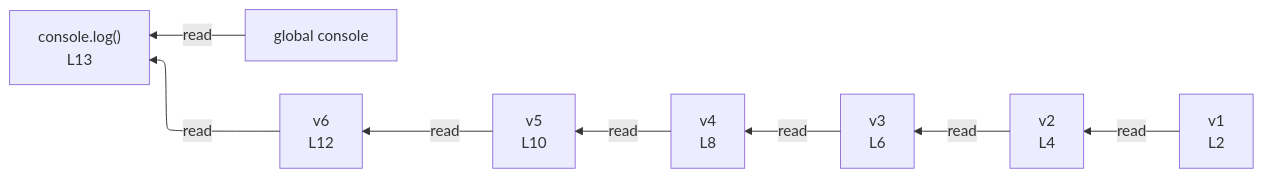
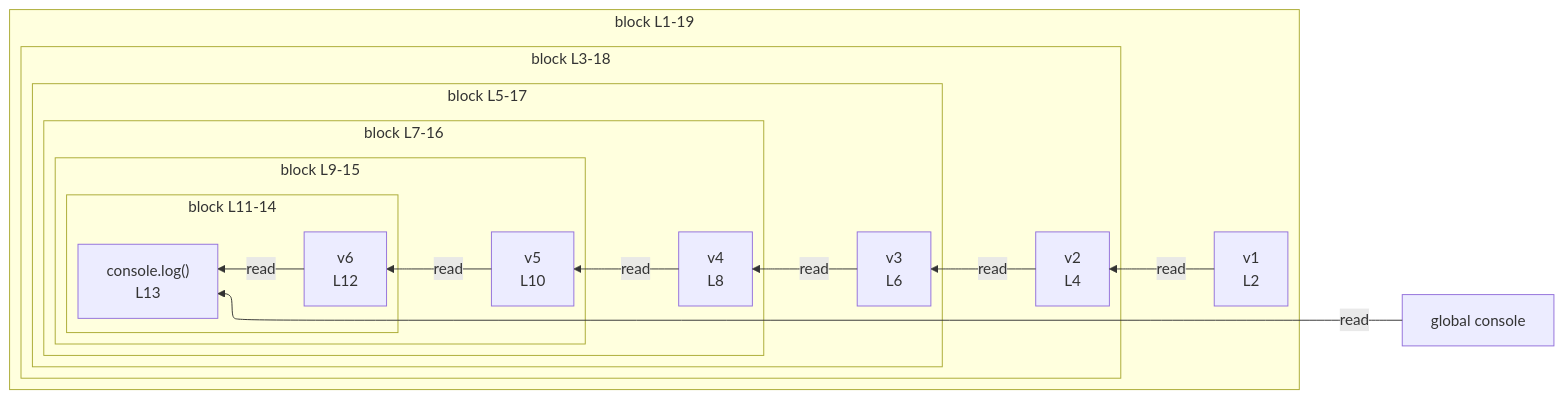
One commit to crescware/unsnarl changed the diagram in integration/fixtures/app-behavior/depth/block/preview.md. Above: the diagram before and after it, drawn with Mermaid. The commit also changed 106 other files, not shown here.

````diff
--- a/integration/fixtures/app-behavior/depth/block/preview.md
+++ b/integration/fixtures/app-behavior/depth/block/preview.md
@@ -29,19 +29,37 @@
 ```mermaid
 %%{init: {"flowchart": {"defaultRenderer": "elk"}}}%%
 flowchart RL
   n_scope_0_console_185["global console"]
-  n_scope_1_v1_10["v1<br/>L2"]
-  n_scope_2_v2_32["v2<br/>L4"]
-  n_scope_3_v3_59["v3<br/>L6"]
-  n_scope_4_v4_90["v4<br/>L8"]
-  n_scope_5_v5_125["v5<br/>L10"]
-  n_scope_6_v6_164["v6<br/>L12"]
+  subgraph s_scope_1["block L1-19"]
+    direction RL
+    n_scope_1_v1_10["v1<br/>L2"]
+    subgraph s_scope_2["block L3-18"]
+      direction RL
+      n_scope_2_v2_32["v2<br/>L4"]
+      subgraph s_scope_3["block L5-17"]
+        direction RL
+        n_scope_3_v3_59["v3<br/>L6"]
+        subgraph s_scope_4["block L7-16"]
+          direction RL
+          n_scope_4_v4_90["v4<br/>L8"]
+          subgraph s_scope_5["block L9-15"]
+            direction RL
+            n_scope_5_v5_125["v5<br/>L10"]
+            subgraph s_scope_6["block L11-14"]
+              direction RL
+              n_scope_6_v6_164["v6<br/>L12"]
+              expr_stmt_185["console.log()<br/>L13"]
+            end
+          end
+        end
+      end
+    end
+  end
   n_scope_1_v1_10 -->|read| n_scope_2_v2_32
   n_scope_2_v2_32 -->|read| n_scope_3_v3_59
   n_scope_3_v3_59 -->|read| n_scope_4_v4_90
   n_scope_4_v4_90 -->|read| n_scope_5_v5_125
   n_scope_5_v5_125 -->|read| n_scope_6_v6_164
   n_scope_0_console_185 -->|read| expr_stmt_185
   n_scope_6_v6_164 -->|read| expr_stmt_185
-  expr_stmt_185["console.log()<br/>L13"]
 ```
````
